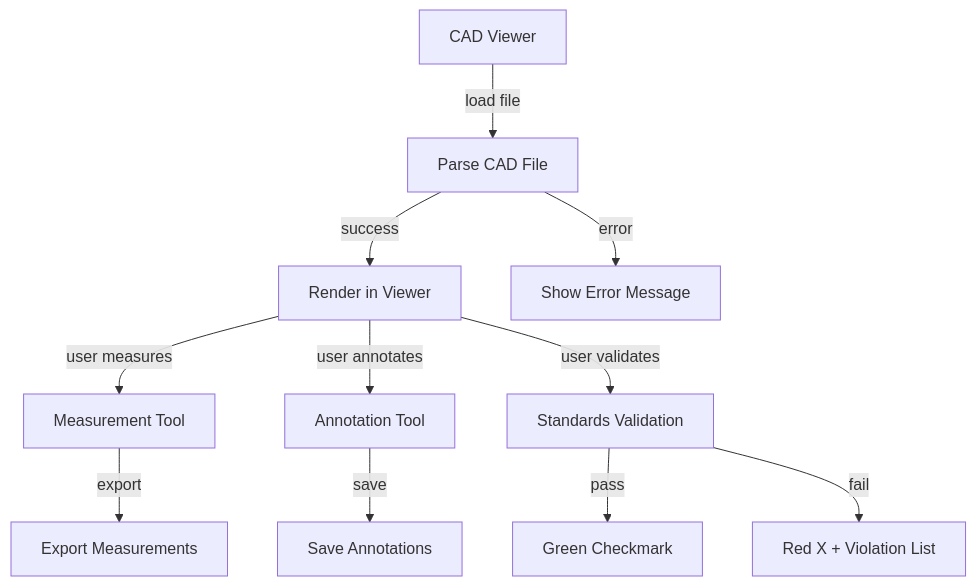
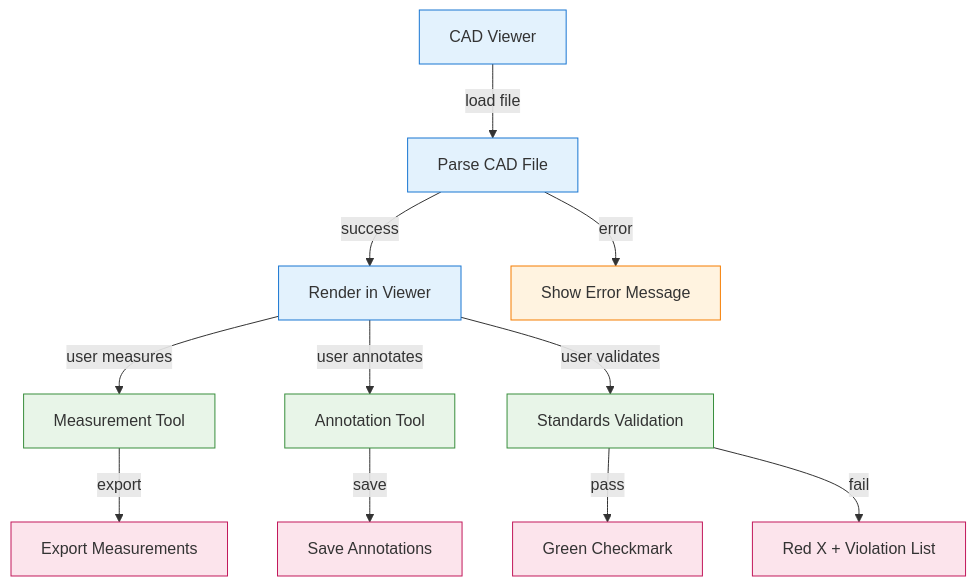
Before and after one commit to Construct-AI-primary/docs-paperclip: the fifth of 6 diagrams in disciplines-shared/engineering/UI-UX-SPECIFICATION.md, drawn with Mermaid. The commit also changed other lines of this file and 576 other files, not shown here.

First line of the commit message:
UI-UX specification updates across disciplines, new mermaid templates, knowledge templates, and project specs

````diff
--- a/disciplines-shared/engineering/UI-UX-SPECIFICATION.md
+++ b/disciplines-shared/engineering/UI-UX-SPECIFICATION.md
@@ -277,13 +343,23 @@
 ```mermaid
 flowchart TD
     CAD[CAD Viewer] -->|load file| PARSE[Parse CAD File]
     PARSE -->|success| RENDER[Render in Viewer]
     PARSE -->|error| ERROR[Show Error Message]
     RENDER -->|user measures| MEASURE[Measurement Tool]
     RENDER -->|user annotates| ANNOTATE[Annotation Tool]
     RENDER -->|user validates| VALIDATE[Standards Validation]
     VALIDATE -->|pass| PASS[Green Checkmark]
     VALIDATE -->|fail| FAIL[Red X + Violation List]
     MEASURE -->|export| EXPORT[Export Measurements]
     ANNOTATE -->|save| SAVE[Save Annotations]
+
+    classDef cad fill:#e3f2fd,stroke:#1976d2
+    classDef parse fill:#fff3e0,stroke:#f57c00
+    classDef tool fill:#e8f5e8,stroke:#388e3c
+    classDef result fill:#fce4ec,stroke:#c2185b
+
+    class CAD,PARSE,RENDER cad
+    class ERROR parse
+    class MEASURE,ANNOTATE,VALIDATE tool
+    class PASS,FAIL,EXPORT,SAVE result
 ```
````
